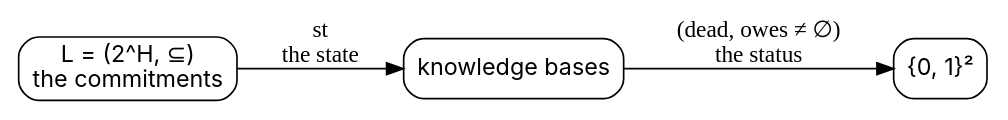
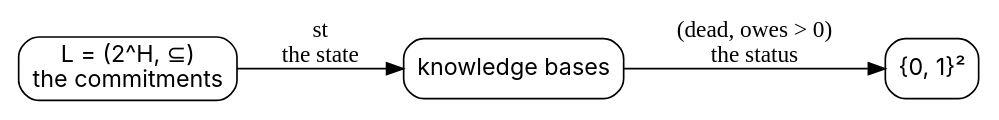
One commit to agutikov/ein changed the first of 7 diagrams in docs/ein/reasoning/02-kb-evolution/08-monotonicity.md. Above: the diagram before and after it, drawn with Graphviz. The commit also changed other lines of this file and 17 other files, not shown here.

````diff
--- a/docs/ein/reasoning/02-kb-evolution/08-monotonicity.md
+++ b/docs/ein/reasoning/02-kb-evolution/08-monotonicity.md
@@ -56,11 +56,11 @@
 ```dot
 digraph arrows {
   rankdir=LR;
   node [fontname="Inter", shape=box, style=rounded];
   L [label="L = (2^H, ⊆)\nthe commitments"];
   KB [label="knowledge bases"];
   B [label="{0, 1}²"];
   L -> KB [label="st\nthe state"];
-  KB -> B [label="(dead, owes ≠ ∅)\nthe status"];
+  KB -> B [label="(dead, owes > 0)\nthe status"];
 }
 ```
````
